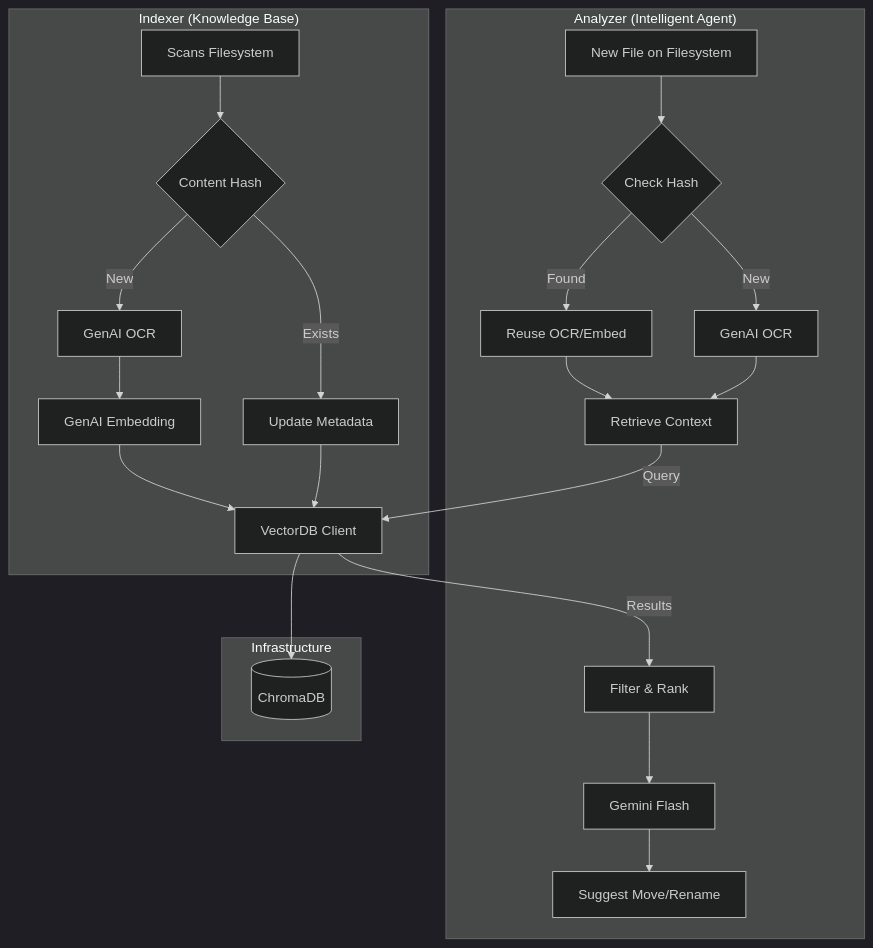
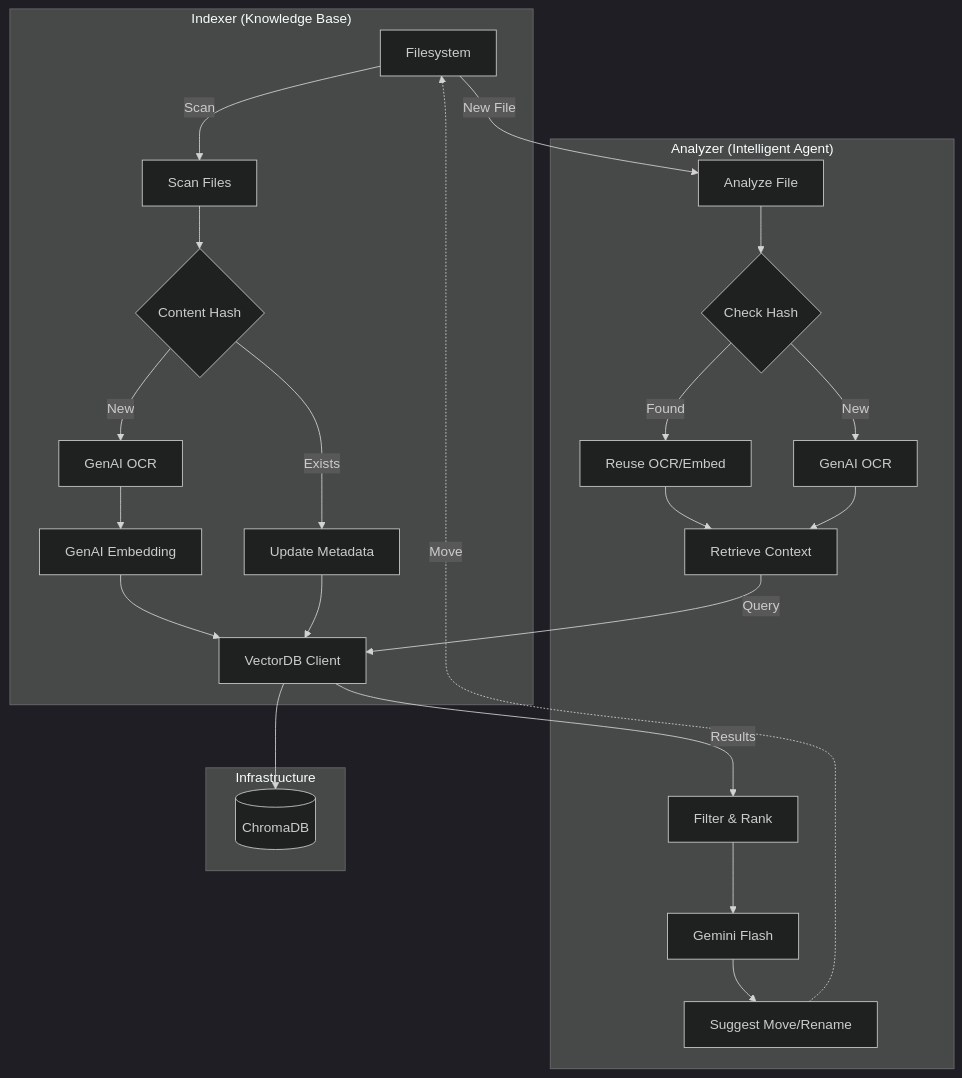
Before and after one commit to ucdmkt/pdf-organizer: the diagram in README.md, drawn with Mermaid (dark theme). The commit also changed 1 other file, not shown here.

Commit message:
Docs: Make Filesystem explicit in architecture & Fix mypy pre-commit

````diff
--- a/README.md
+++ b/README.md
@@ -71,29 +71,35 @@
 ```mermaid
 graph TD
+    FS[Filesystem]
+
     subgraph Indexer ["Indexer (Knowledge Base)"]
-        I_Scan[Scans Filesystem] --> I_Hash{Content Hash}
+        FS -- Scan --> I_Scan[Scan Files]
+        I_Scan --> I_Hash{Content Hash}
         I_Hash -- New --> I_OCR[GenAI OCR]
         I_Hash -- Exists --> I_Meta[Update Metadata]
         I_OCR --> I_Embed[GenAI Embedding]
 
         I_Embed --> V_Client[VectorDB Client]
         I_Meta --> V_Client
     end
 
     subgraph Analyzer ["Analyzer (Intelligent Agent)"]
-        A_Input[New File on Filesystem] --> A_Hash{Check Hash}
+        FS -- New File --> A_Input[Analyze File]
+        A_Input --> A_Hash{Check Hash}
         A_Hash -- Found --> A_Reuse[Reuse OCR/Embed]
         A_Hash -- New --> A_OCR[GenAI OCR]
         A_Reuse --> A_Context[Retrieve Context]
         A_OCR --> A_Context
         A_Context -- Query --> V_Client
 
         V_Client -- Results --> A_Filter[Filter & Rank]
         A_Filter --> A_LLM[Gemini Flash]
         A_LLM --> A_Action[Suggest Move/Rename]
     end
 
+    A_Action -. Move .-> FS
+
     subgraph Infrastructure
         V_Client --> I_DB[(ChromaDB)]
     end
 ```
````
